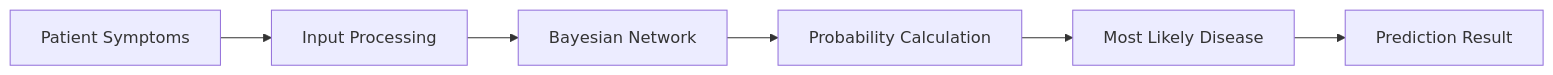
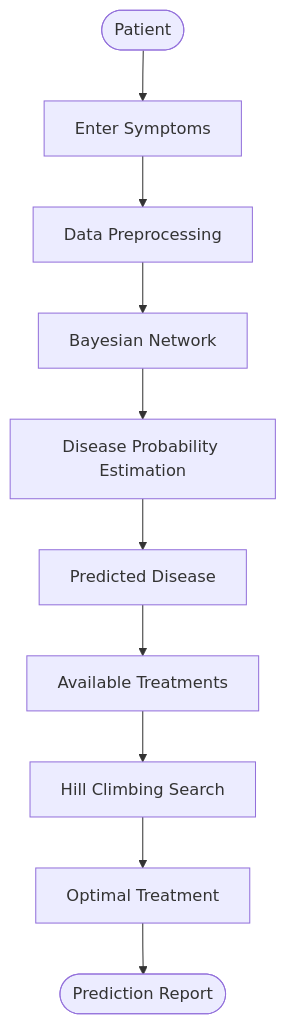
One commit to jyotiyy/FebrileDisease changed the diagram in README.md. Above: the diagram before and after it, drawn with Mermaid. The commit also changed other lines of this file, not shown here.

````diff
--- a/README.md
+++ b/README.md
@@ -33,14 +33,23 @@
 ```mermaid
-flowchart LR
+flowchart TD
 
-A[Patient Symptoms]
---> B[Input Processing]
+A([Patient])
 
-B --> C[Bayesian Network]
+A --> B[Enter Symptoms]
 
-C --> D[Probability Calculation]
+B --> C[Data Preprocessing]
 
-D --> E[Most Likely Disease]
+C --> D[Bayesian Network]
 
-E --> F[Prediction Result]
+D --> E[Disease Probability Estimation]
+
+E --> F[Predicted Disease]
+
+F --> G[Available Treatments]
+
+G --> H[Hill Climbing Search]
+
+H --> I[Optimal Treatment]
+
+I --> J([Prediction Report])
 ```
````
